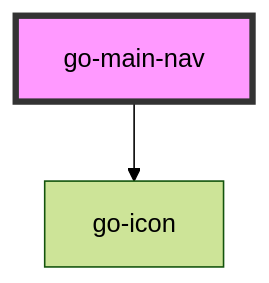
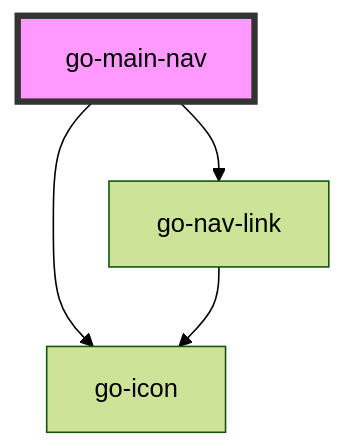
The diagram in src/patterns/go-main-nav/readme.md (getgoui/go-ui), drawn with Mermaid (forest theme) before and after one commit. The commit also changed other lines of this file and 18 other files, not shown here.

````diff
--- a/src/patterns/go-main-nav/readme.md
+++ b/src/patterns/go-main-nav/readme.md
@@ -40,5 +41,7 @@
 ```mermaid
 graph TD;
   go-main-nav --> go-icon
+  go-main-nav --> go-nav-link
+  go-nav-link --> go-icon
   style go-main-nav fill:#f9f,stroke:#333,stroke-width:4px
 ```
````
